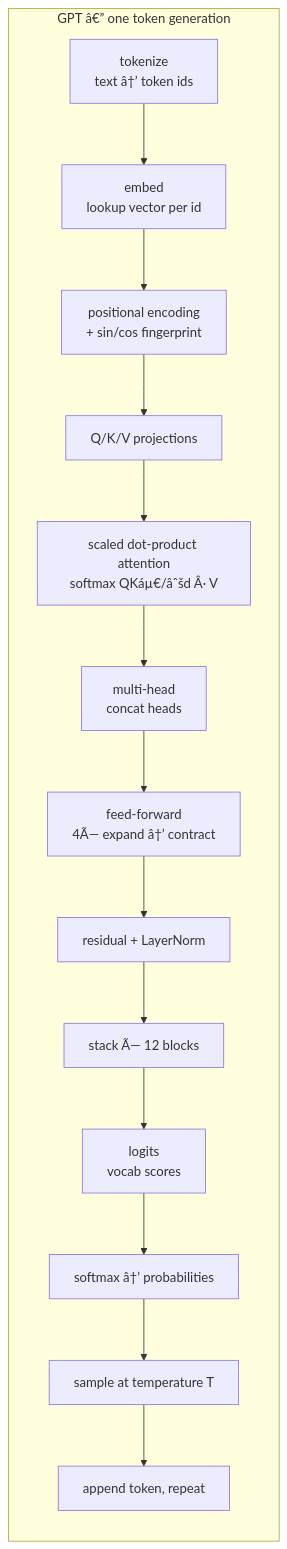
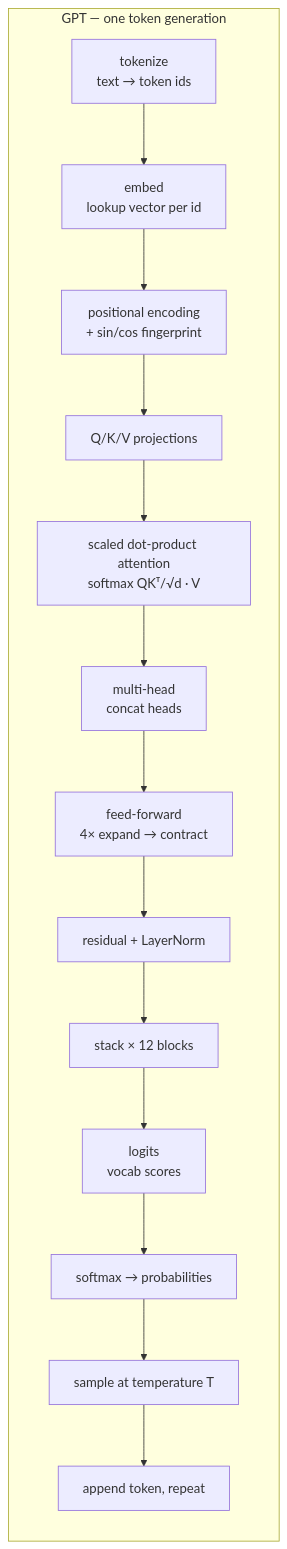
The first of 9 diagrams in docs/algorithms.md (Mostakim2005/gpt-moe-3d-explainer), drawn with Mermaid before and after one commit. The commit also changed other lines of this file and 11 other files, not shown here.

````diff
--- a/docs/algorithms.md
+++ b/docs/algorithms.md
@@ -15,17 +15,17 @@
 ```mermaid
 flowchart LR
-    subgraph GPT["GPT â€” one token generation"]
-        T[tokenize\ntext â†’ token ids] --> E[embed\nlookup vector per id]
+    subgraph GPT["GPT — one token generation"]
+        T[tokenize\ntext → token ids] --> E[embed\nlookup vector per id]
         E --> P[positional encoding\n+ sin/cos fingerprint]
         P --> A1[Q/K/V projections]
-        A1 --> ATT[scaled dot-product attention\nsoftmax QKáµ€/âˆšd Â· V]
+        A1 --> ATT[scaled dot-product attention\nsoftmax QKᵀ/√d · V]
         ATT --> H[multi-head\nconcat heads]
-        H --> FF[feed-forward\n4Ã— expand â†’ contract]
+        H --> FF[feed-forward\n4× expand → contract]
         FF --> R[residual + LayerNorm]
-        R --> S[stack Ã— 12 blocks]
+        R --> S[stack × 12 blocks]
         S --> L[logits\nvocab scores]
-        L --> SM[softmax â†’ probabilities]
+        L --> SM[softmax → probabilities]
         SM --> SAMP[sample at temperature T]
         SAMP --> LOOP[append token, repeat]
     end
 ```
````
